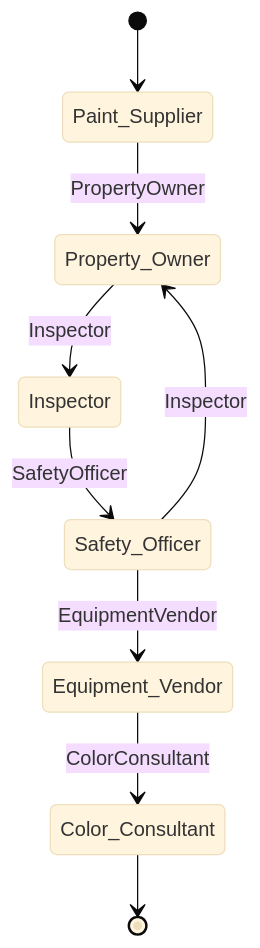
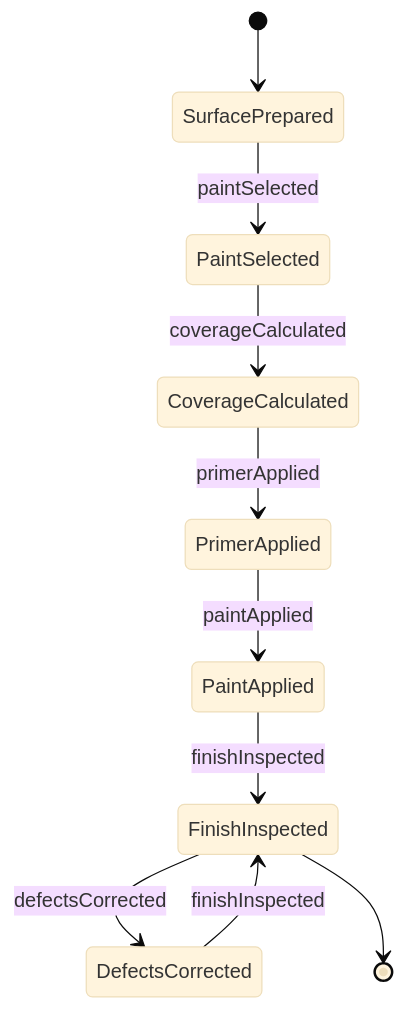
One commit to dot-org-ai/tasks.org.ai changed the second of 4 diagrams in HandlingAndMovingObjects/ApplyProtectiveSolutionsOrCoatings/ApplyPaintSurfaces.mdx. Above: the diagram before and after it, drawn with Mermaid (base theme). The commit also changed other lines of this file and 40 other files, not shown here.

First line of the commit message:
fix: Replace Actor-based ER and State diagrams with Entity/Event-based diagrams in 41 HandlingAndMovingObjects DWA files

````diff
--- a/HandlingAndMovingObjects/ApplyProtectiveSolutionsOrCoatings/ApplyPaintSurfaces.mdx
+++ b/HandlingAndMovingObjects/ApplyProtectiveSolutionsOrCoatings/ApplyPaintSurfaces.mdx
@@ -101,11 +99,12 @@
 ```mermaid
 stateDiagram-v2
-    [*] --> Paint_Supplier
-    Paint_Supplier --> Property_Owner: PropertyOwner
-    Property_Owner --> Inspector: Inspector
-    Inspector --> Safety_Officer: SafetyOfficer
-    Safety_Officer --> Equipment_Vendor: EquipmentVendor
-    Equipment_Vendor --> Color_Consultant: ColorConsultant
-    Safety_Officer --> Property_Owner: Inspector
-    Color_Consultant --> [*]
+    [*] --> SurfacePrepared
+    SurfacePrepared --> PaintSelected : paintSelected
+    PaintSelected --> CoverageCalculated : coverageCalculated
+    CoverageCalculated --> PrimerApplied : primerApplied
+    PrimerApplied --> PaintApplied : paintApplied
+    PaintApplied --> FinishInspected : finishInspected
+    FinishInspected --> DefectsCorrected : defectsCorrected
+    DefectsCorrected --> FinishInspected : finishInspected
+    FinishInspected --> [*]
 ```
````
